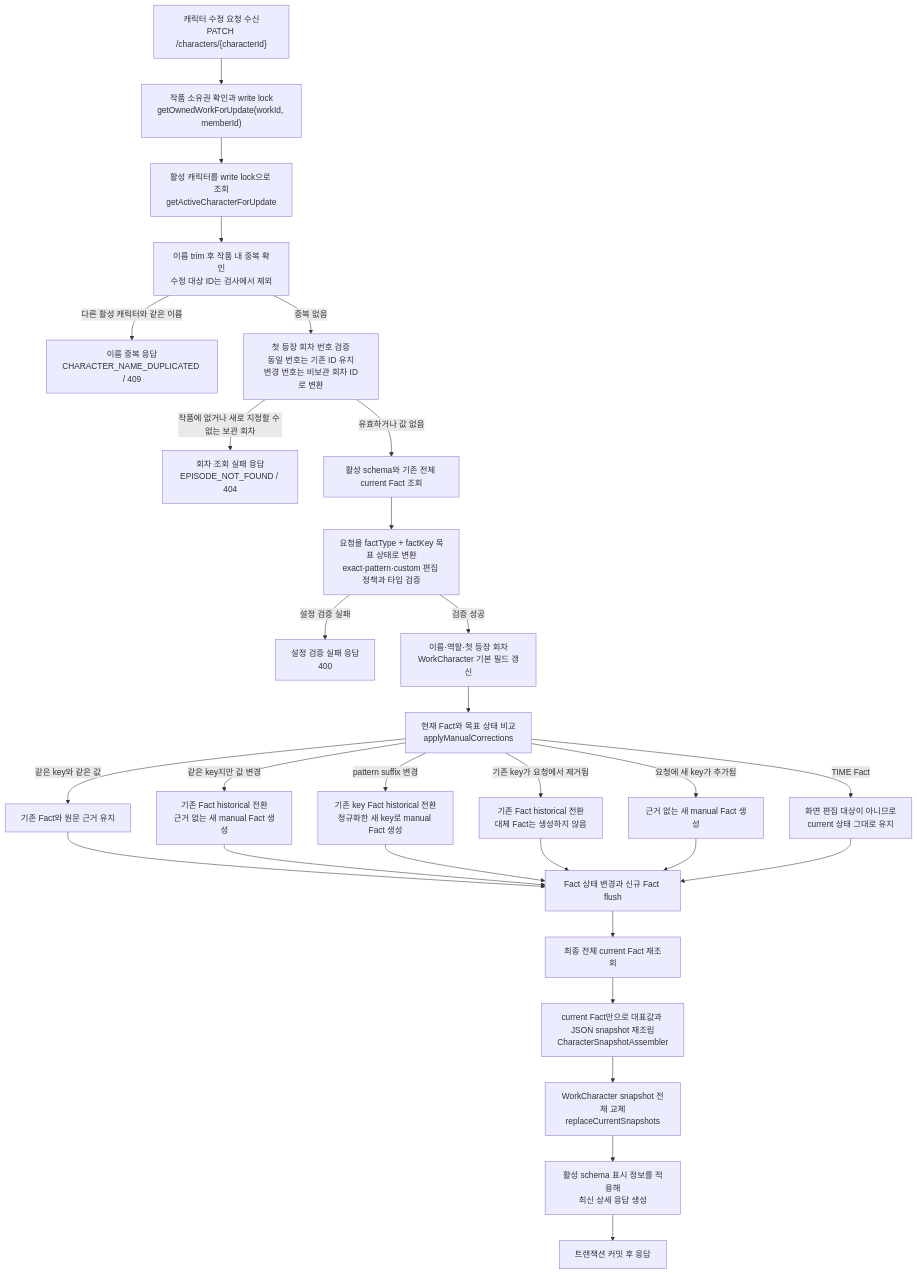
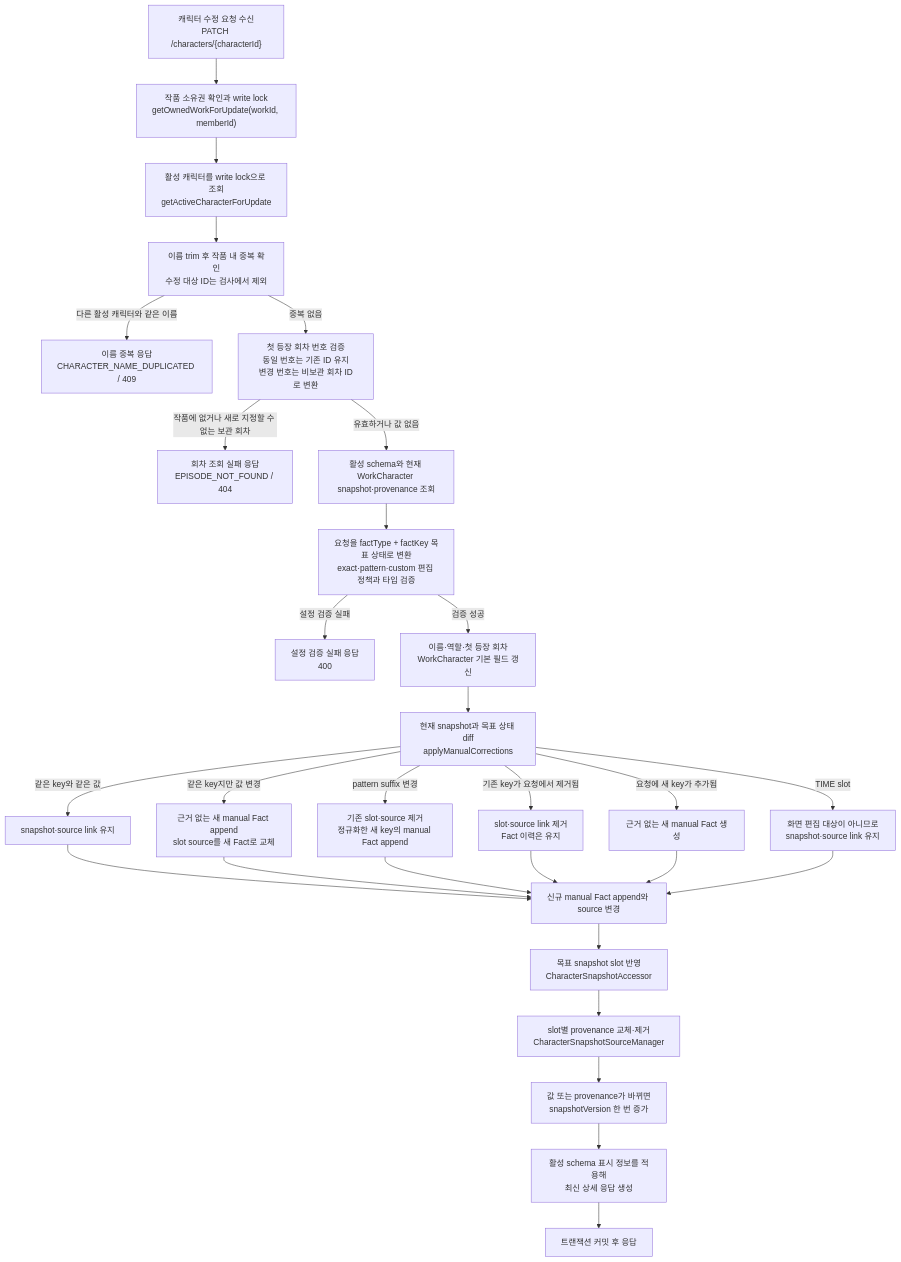
Before and after one commit to catchhole-soma/catchhole-backend-java: the first of 8 diagrams in docs/character.md, drawn with Mermaid. The commit also changed other lines of this file and 6 other files, not shown here.

First line of the commit message:
docs(character): Fact 비교 운영 흐름을 문서화

````diff
--- a/docs/character.md
+++ b/docs/character.md
@@ -638,33 +676,33 @@
 ```mermaid
 flowchart TD
     A["캐릭터 수정 요청 수신<br/>PATCH /characters/{characterId}"] --> B["작품 소유권 확인과 write lock<br/>getOwnedWorkForUpdate(workId, memberId)"]
     B --> C["활성 캐릭터를 write lock으로 조회<br/>getActiveCharacterForUpdate"]
     C --> D["이름 trim 후 작품 내 중복 확인<br/>수정 대상 ID는 검사에서 제외"]
     D -->|"다른 활성 캐릭터와 같은 이름"| X1["이름 중복 응답<br/>CHARACTER_NAME_DUPLICATED / 409"]
     D -->|"중복 없음"| E["첫 등장 회차 번호 검증<br/>동일 번호는 기존 ID 유지<br/>변경 번호는 비보관 회차 ID로 변환"]
     E -->|"작품에 없거나 새로 지정할 수 없는 보관 회차"| X2["회차 조회 실패 응답<br/>EPISODE_NOT_FOUND / 404"]
-    E -->|"유효하거나 값 없음"| F["활성 schema와 기존 전체 current Fact 조회"]
+    E -->|"유효하거나 값 없음"| F["활성 schema와 현재 WorkCharacter snapshot·provenance 조회"]
     F --> G["요청을 factType + factKey 목표 상태로 변환<br/>exact·pattern·custom 편집 정책과 타입 검증"]
     G -->|"설정 검증 실패"| X3["설정 검증 실패 응답<br/>400"]
     G -->|"검증 성공"| H["이름·역할·첫 등장 회차<br/>WorkCharacter 기본 필드 갱신"]
-    H --> I["현재 Fact와 목표 상태 비교<br/>applyManualCorrections"]
+    H --> I["현재 snapshot과 목표 상태 diff<br/>applyManualCorrections"]
 
-    I -->|"같은 key와 같은 값"| I1["기존 Fact와 원문 근거 유지"]
-    I -->|"같은 key지만 값 변경"| I2["기존 Fact historical 전환<br/>근거 없는 새 manual Fact 생성"]
-    I -->|"pattern suffix 변경"| I6["기존 key Fact historical 전환<br/>정규화한 새 key로 manual Fact 생성"]
-    I -->|"기존 key가 요청에서 제거됨"| I3["기존 Fact historical 전환<br/>대체 Fact는 생성하지 않음"]
+    I -->|"같은 key와 같은 값"| I1["snapshot·source link 유지"]
+    I -->|"같은 key지만 값 변경"| I2["근거 없는 새 manual Fact append<br/>slot source를 새 Fact로 교체"]
+    I -->|"pattern suffix 변경"| I6["기존 slot·source 제거<br/>정규화한 새 key의 manual Fact append"]
+    I -->|"기존 key가 요청에서 제거됨"| I3["slot·source link 제거<br/>Fact 이력은 유지"]
     I -->|"요청에 새 key가 추가됨"| I4["근거 없는 새 manual Fact 생성"]
-    I -->|"TIME Fact"| I5["화면 편집 대상이 아니므로<br/>current 상태 그대로 유지"]
+    I -->|"TIME slot"| I5["화면 편집 대상이 아니므로<br/>snapshot·source link 유지"]
 
-    I1 --> J["Fact 상태 변경과 신규 Fact flush"]
+    I1 --> J["신규 manual Fact append와 source 변경"]
     I2 --> J
     I6 --> J
     I3 --> J
     I4 --> J
     I5 --> J
-    J --> K["최종 전체 current Fact 재조회"]
-    K --> L["current Fact만으로 대표값과 JSON snapshot 재조립<br/>CharacterSnapshotAssembler"]
-    L --> M["WorkCharacter snapshot 전체 교체<br/>replaceCurrentSnapshots"]
+    J --> K["목표 snapshot slot 반영<br/>CharacterSnapshotAccessor"]
+    K --> L["slot별 provenance 교체·제거<br/>CharacterSnapshotSourceManager"]
+    L --> M["값 또는 provenance가 바뀌면<br/>snapshotVersion 한 번 증가"]
     M --> N["활성 schema 표시 정보를 적용해<br/>최신 상세 응답 생성"]
     N --> O["트랜잭션 커밋 후 응답"]
 ```
````
